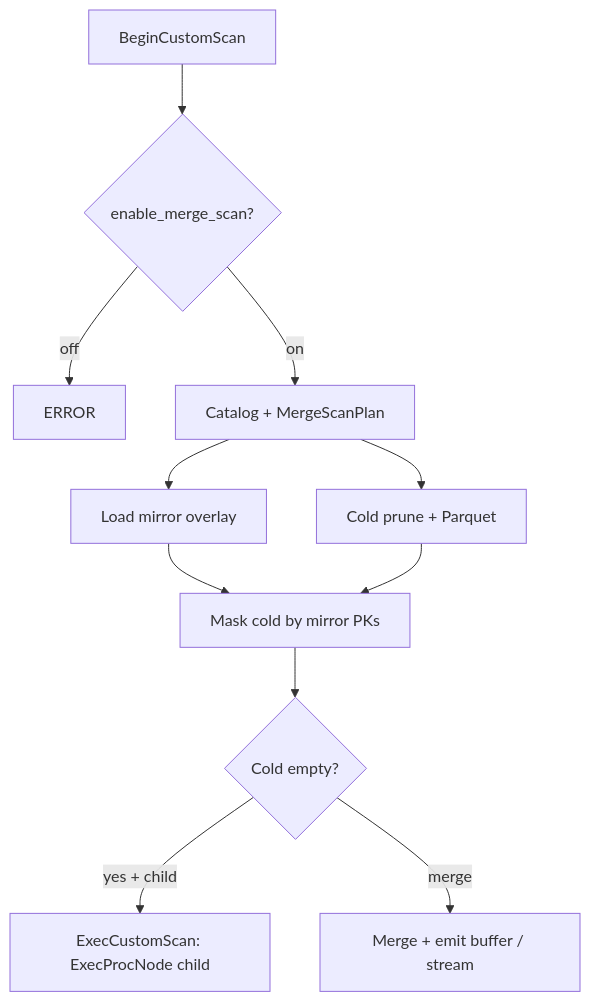
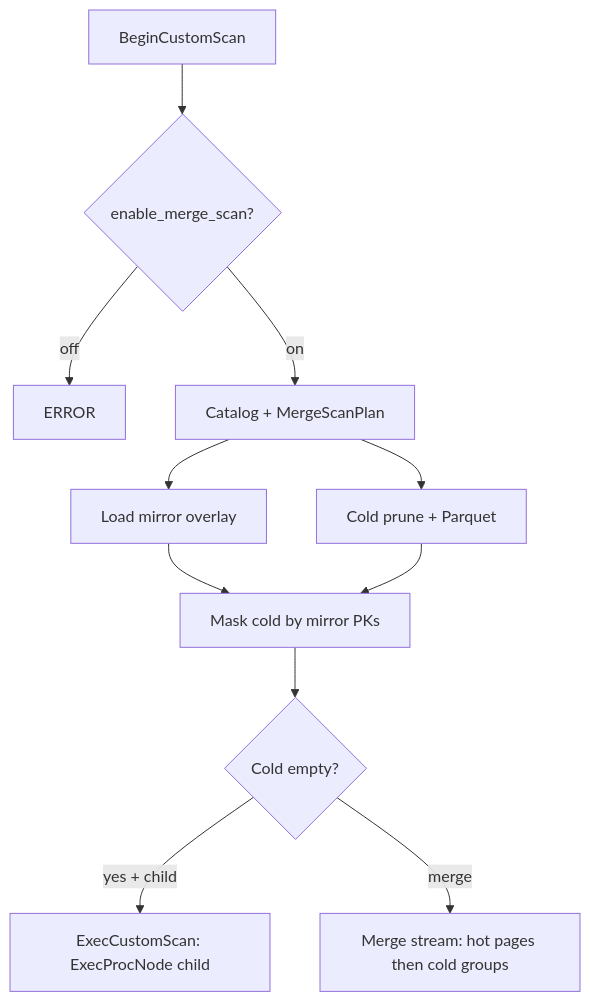
One commit to kalamdb/koldstore changed the third of 3 diagrams in docs/architecture/scanning-table.md. Above: the diagram before and after it, drawn with Mermaid. The commit also changed other lines of this file and 117 other files, not shown here.

First line of the commit message:
Stream KoldMergeScan with bounded hot pages and a seen-key cap.

````diff
--- a/docs/architecture/scanning-table.md
+++ b/docs/architecture/scanning-table.md
@@ -159,24 +159,24 @@
 ```mermaid
 flowchart TD
   Begin["BeginCustomScan"]
   Guc{enable_merge_scan?}
   Err[ERROR]
   Cat[Catalog + MergeScanPlan]
   Mirror[Load mirror overlay]
   Cold[Cold prune + Parquet]
   Merge[Mask cold by mirror PKs]
   HotOnly{Cold empty?}
   Stream["ExecCustomScan: ExecProcNode child"]
-  Buf["Merge + emit buffer / stream"]
+  StreamEmit["Merge stream: hot pages then cold groups"]
 
   Begin --> Guc
   Guc -->|off| Err
   Guc -->|on| Cat
   Cat --> Mirror
   Cat --> Cold
   Mirror --> Merge
   Cold --> Merge
   Merge --> HotOnly
   HotOnly -->|yes + child| Stream
-  HotOnly -->|merge| Buf
+  HotOnly -->|merge| StreamEmit
 ```
````
